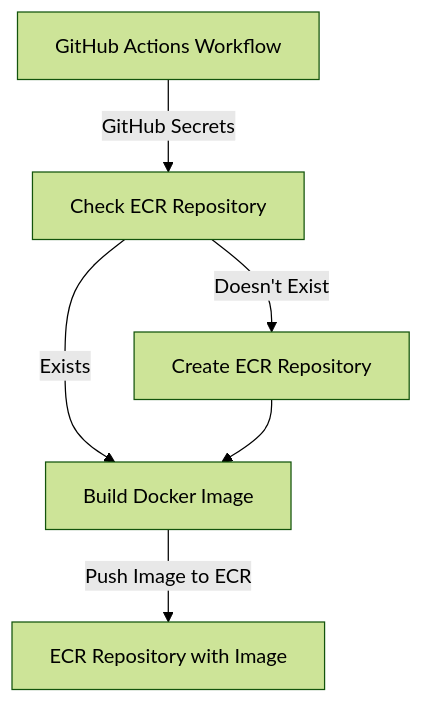
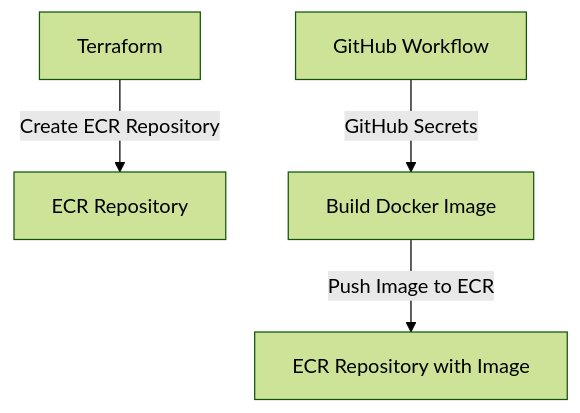
Before and after one commit to considerable/gitops-demo: the diagram in .github/workflows/ecr.mmd, drawn with Mermaid (forest theme). The commit also changed other lines of this file, not shown here.

Commit message:
terraform

```diff
--- a/.github/workflows/ecr.mmd
+++ b/.github/workflows/ecr.mmd
@@ -1,6 +1,4 @@
 flowchart TD
-  B[GitHub Actions Workflow] -->|GitHub Secrets| C[Check ECR Repository]
-  C -->|Exists| D[Build Docker Image]
-  C -->|"Doesn't Exist"| E[Create ECR Repository]
-  E --> D
-  D -->|Push Image to ECR| F[ECR Repository with Image]
+  A[Terraform] -->|Create ECR Repository| B[ECR Repository]
+  D[GitHub Workflow]  -->|GitHub Secrets| F[Build Docker Image]
+  F -->|Push Image to ECR| C[ECR Repository with Image]
```
